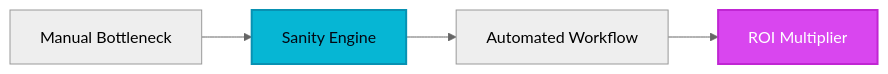
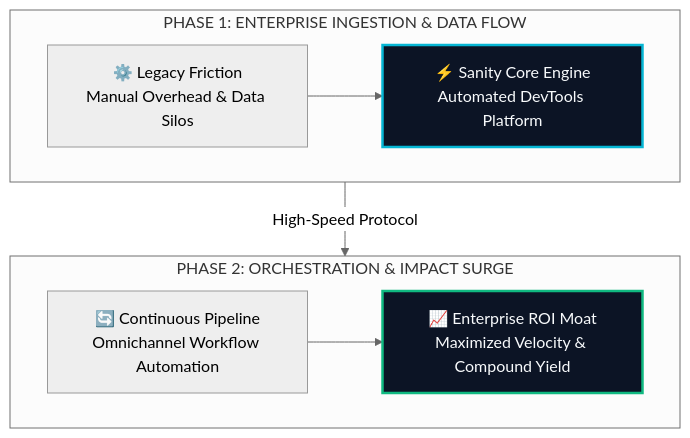
Before and after one commit to heliatech-media/saas-radar: the diagram in site/src/content/blog/sanity-evolution-guide-2026.md, drawn with Mermaid (neutral theme). The commit also changed 97 other files, not shown here.

First line of the commit message:
feat(diagrams): upgrade all article architecture schemas to high-impact 2-tier responsive vector blueprints

````diff
--- a/site/src/content/blog/sanity-evolution-guide-2026.md
+++ b/site/src/content/blog/sanity-evolution-guide-2026.md
@@ -56,8 +56,14 @@
 ```mermaid
-flowchart LR
-    A[Manual Bottleneck] --> B[Sanity Engine]
-    B --> C[Automated Workflow]
-    C --> D[ROI Multiplier]
-    style B fill:#06b6d4,stroke:#0891b2,stroke-width:2px,color:#030712
-    style D fill:#d946ef,stroke:#c026d3,stroke-width:2px,color:#ffffff
+flowchart TD
+    subgraph S1["PHASE 1: ENTERPRISE INGESTION & DATA FLOW"]
+        direction LR
+        A["⚙️ Legacy Friction<br/>Manual Overhead & Data Silos"] --> B["⚡ Sanity Core Engine<br/>Automated DevTools Platform"]
+    end
+    subgraph S2["PHASE 2: ORCHESTRATION & IMPACT SURGE"]
+        direction LR
+        C["🔄 Continuous Pipeline<br/>Omnichannel Workflow Automation"] --> D["📈 Enterprise ROI Moat<br/>Maximized Velocity & Compound Yield"]
+    end
+    S1 -->|High-Speed Protocol| S2
+    style B fill:#0c1425,stroke:#06b6d4,stroke-width:2.5px,color:#f8fafc
+    style D fill:#0c1425,stroke:#10b981,stroke-width:2.5px,color:#f8fafc
 ```
````
